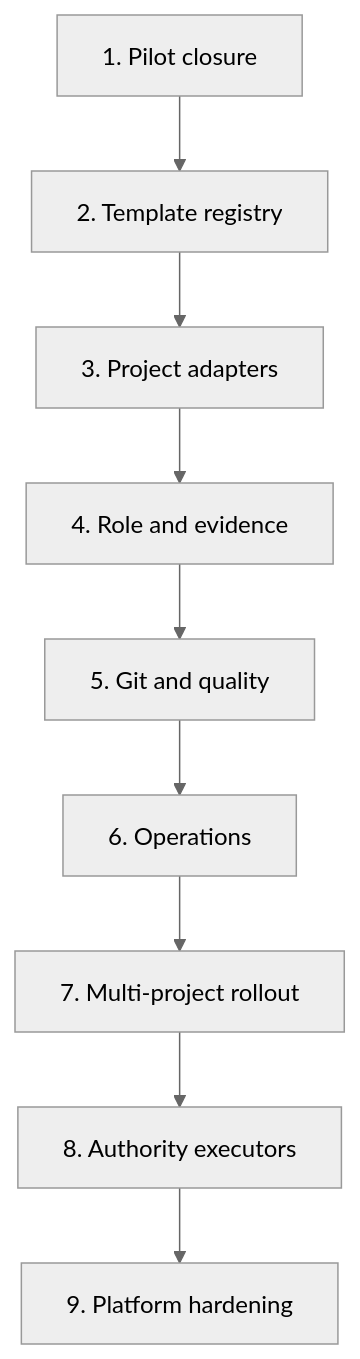
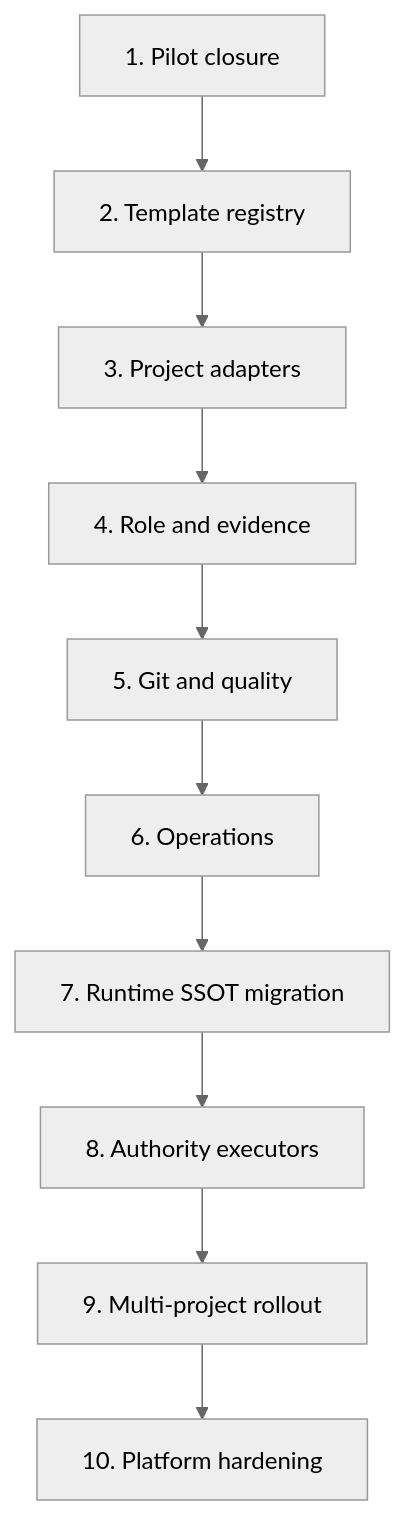
Before and after one commit to nhatnguyenquang1838-coder/gwc: the diagram in docs/plan/distributed-multi-agent-sdlc/end-state/tasks.md, drawn with Mermaid (neutral theme). The commit also changed other lines of this file, not shown here.

````diff
--- a/docs/plan/distributed-multi-agent-sdlc/end-state/tasks.md
+++ b/docs/plan/distributed-multi-agent-sdlc/end-state/tasks.md
@@ -9,11 +22,12 @@
 ```mermaid
 graph TD
   T1[1. Pilot closure] --> T2[2. Template registry]
   T2 --> T3[3. Project adapters]
   T3 --> T4[4. Role and evidence]
   T4 --> T5[5. Git and quality]
   T5 --> T6[6. Operations]
-  T6 --> T7[7. Multi-project rollout]
+  T6 --> T7[7. Runtime SSOT migration]
   T7 --> T8[8. Authority executors]
-  T8 --> T9[9. Platform hardening]
+  T8 --> T9[9. Multi-project rollout]
+  T9 --> T10[10. Platform hardening]
 ```
````
